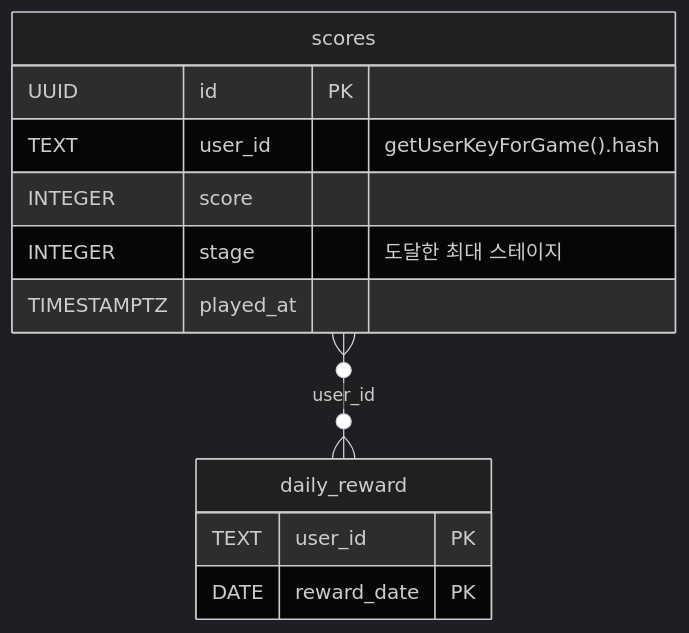
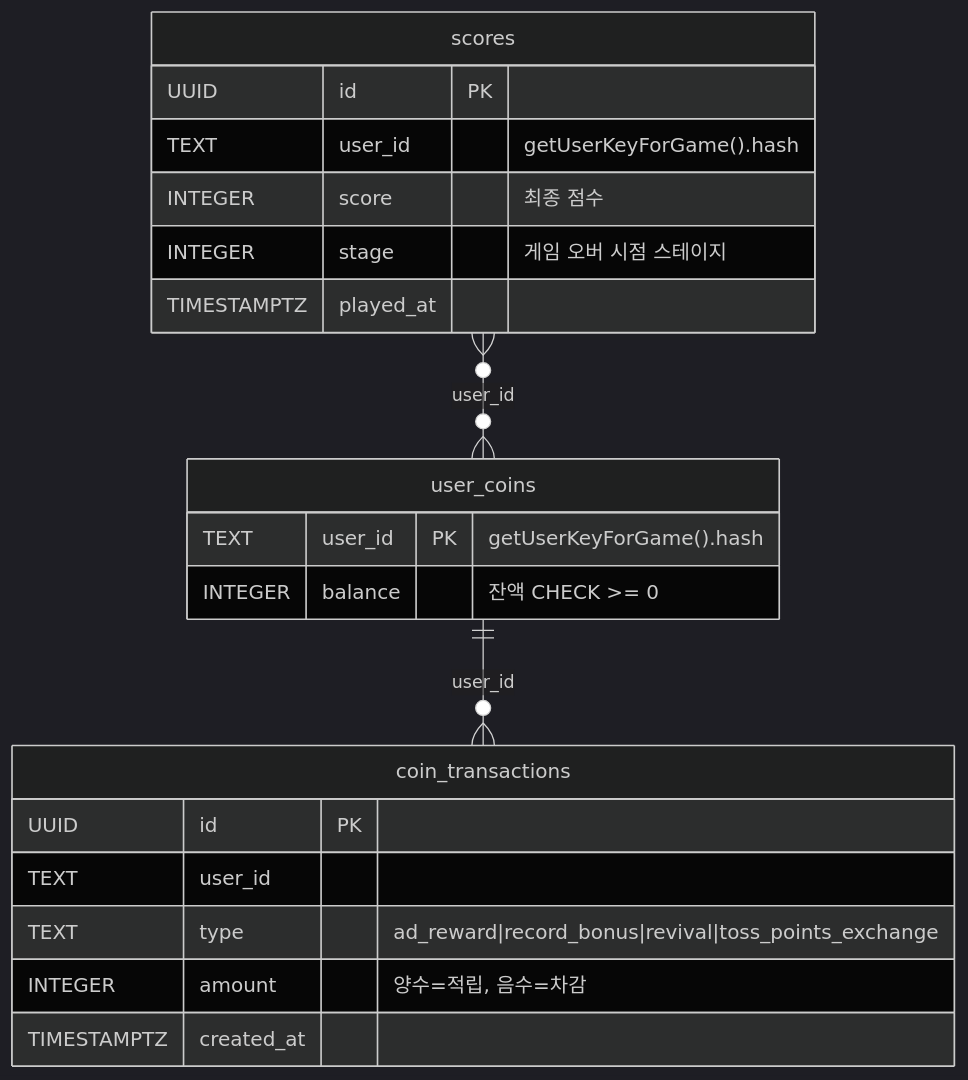
The fourth of 6 diagrams in docs/architecture.md (alruminum/memory-battle), drawn with Mermaid (dark theme) before and after one commit. The commit also changed other lines of this file and 8 other files, not shown here.

First line of the commit message:
feat: implement 02-daily-reward-removal (#108)

````diff
--- a/docs/architecture.md
+++ b/docs/architecture.md
@@ -82,17 +137,26 @@
 ```mermaid
 erDiagram
   scores {
     UUID id PK
     TEXT user_id "getUserKeyForGame().hash"
-    INTEGER score
-    INTEGER stage "도달한 최대 스테이지"
+    INTEGER score "최종 점수"
+    INTEGER stage "게임 오버 시점 스테이지"
     TIMESTAMPTZ played_at
   }
 
-  daily_reward {
-    TEXT user_id PK
-    DATE reward_date PK
+  user_coins {
+    TEXT user_id PK "getUserKeyForGame().hash"
+    INTEGER balance "잔액 CHECK >= 0"
   }
 
-  scores }o--o{ daily_reward : "user_id"
+  coin_transactions {
+    UUID id PK
+    TEXT user_id
+    TEXT type "ad_reward|record_bonus|revival|toss_points_exchange"
+    INTEGER amount "양수=적립, 음수=차감"
+    TIMESTAMPTZ created_at
+  }
+
+  scores }o--o{ user_coins : "user_id"
+  user_coins ||--o{ coin_transactions : "user_id"
 ```
````
